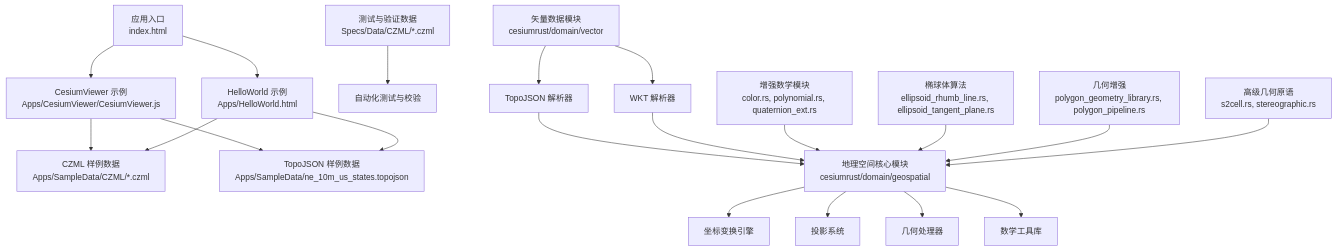
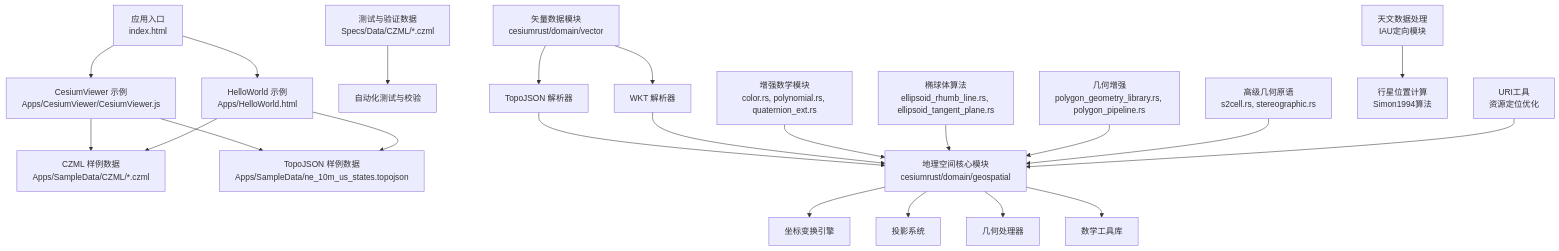
Before and after one commit to rzhangjing/cesium: the first of 13 diagrams in .qoder/repowiki/zh/content/项目概述/核心特性/地理空间数据处理/地理空间数据处理.md, drawn with Mermaid. The commit also changed other lines of this file and 90 other files, not shown here.

````diff
--- a/.qoder/repowiki/zh/content/项目概述/核心特性/地理空间数据处理/地理空间数据处理.md
+++ b/.qoder/repowiki/zh/content/项目概述/核心特性/地理空间数据处理/地理空间数据处理.md
@@ -76,22 +76,24 @@
 ```mermaid
 graph TB
 A["应用入口<br/>index.html"] --> B["CesiumViewer 示例<br/>Apps/CesiumViewer/CesiumViewer.js"]
 A --> C["HelloWorld 示例<br/>Apps/HelloWorld.html"]
 B --> D["CZML 样例数据<br/>Apps/SampleData/CZML/*.czml"]
 B --> E["TopoJSON 样例数据<br/>Apps/SampleData/ne_10m_us_states.topojson"]
 C --> D
 C --> E
 F["测试与验证数据<br/>Specs/Data/CZML/*.czml"] --> G["自动化测试与校验"]
 H["地理空间核心模块<br/>cesiumrust/domain/geospatial"] --> I["坐标变换引擎"]
 H --> J["投影系统"]
 H --> K["几何处理器"]
 H --> L["数学工具库"]
 M["矢量数据模块<br/>cesiumrust/domain/vector"] --> N["TopoJSON 解析器"]
 M --> O["WKT 解析器"]
 N --> H
 O --> H
 P["增强数学模块<br/>color.rs, polynomial.rs, quaternion_ext.rs"] --> H
 Q["椭球体算法<br/>ellipsoid_rhumb_line.rs, ellipsoid_tangent_plane.rs"] --> H
 R["几何增强<br/>polygon_geometry_library.rs, polygon_pipeline.rs"] --> H
 S["高级几何原语<br/>s2cell.rs, stereographic.rs"] --> H
+T["天文数据处理<br/>IAU定向模块"] --> U["行星位置计算<br/>Simon1994算法"]
+V["URI工具<br/>资源定位优化"] --> H
 ```
````
